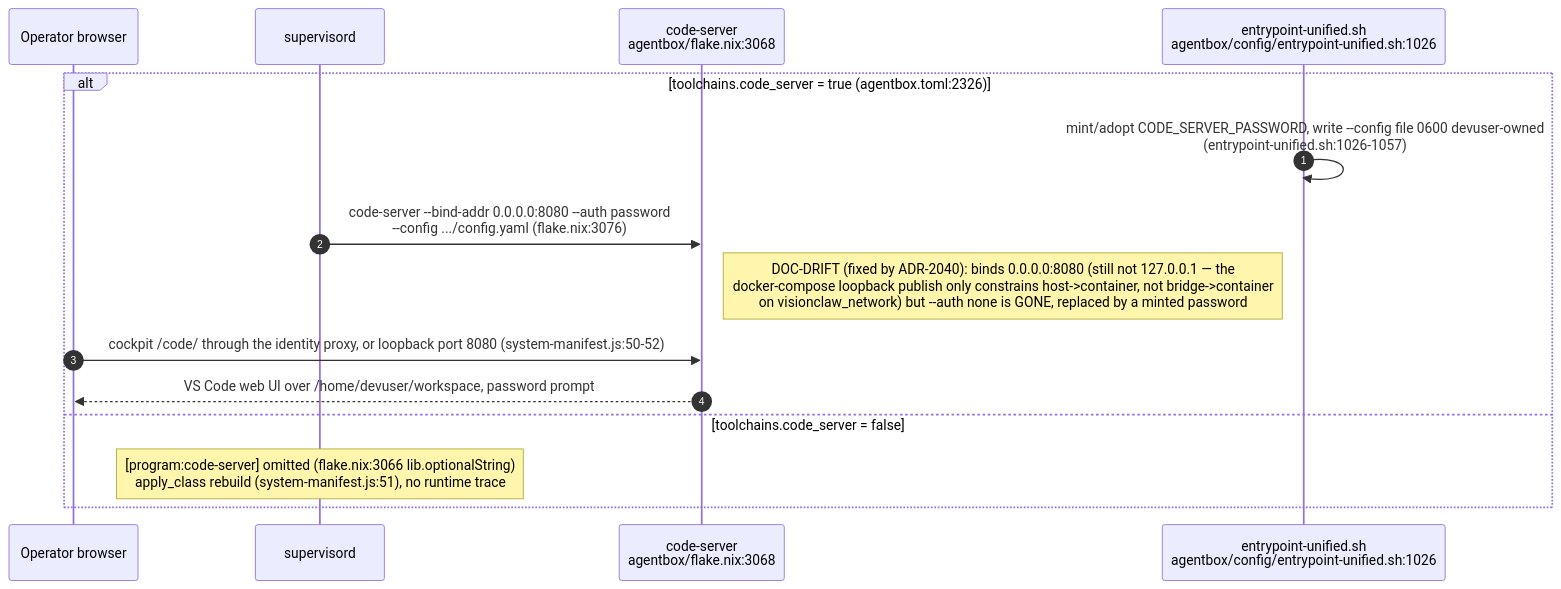
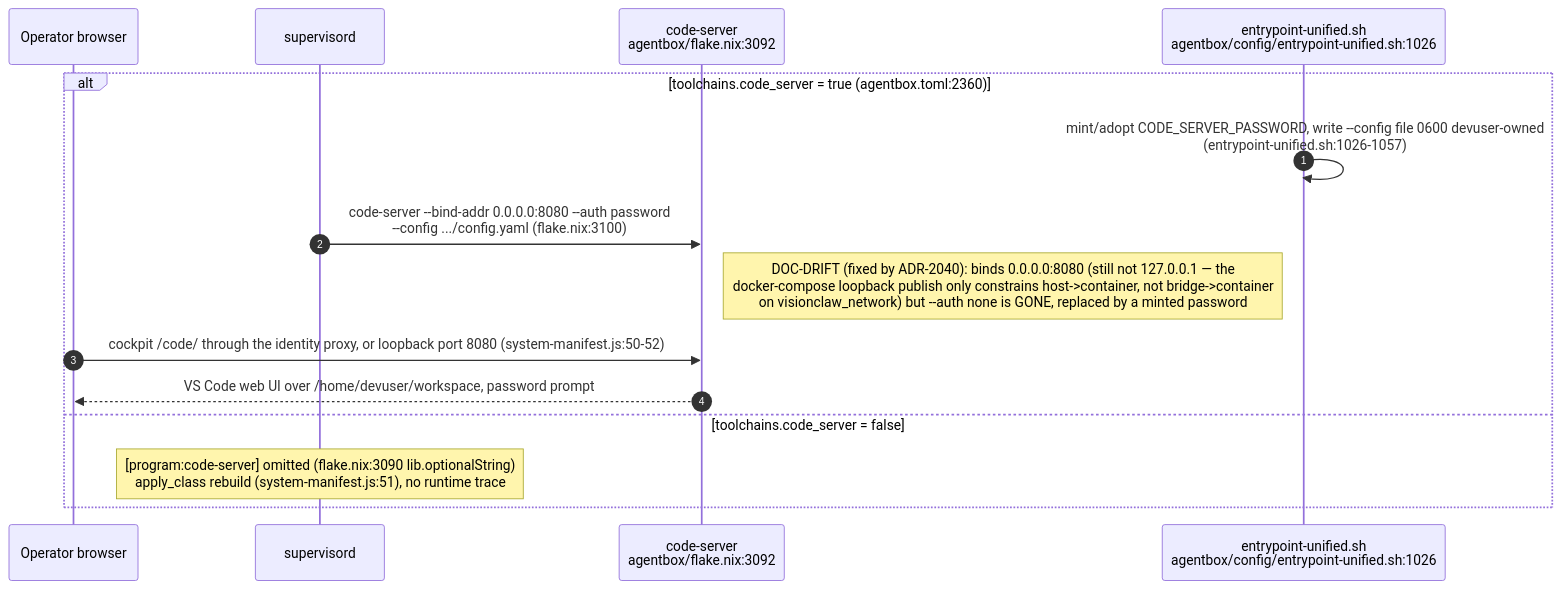
The sixth of 14 diagrams in docs/diagrams/agentbox/27-media-gpu-capability-services.md (DreamLab-AI/VisionFlow), drawn with Mermaid before and after one commit. The commit also changed other lines of this file and 7 other files, not shown here.

````diff
--- a/docs/diagrams/agentbox/27-media-gpu-capability-services.md
+++ b/docs/diagrams/agentbox/27-media-gpu-capability-services.md
@@ -214,18 +214,18 @@
 ```mermaid
 sequenceDiagram
     autonumber
     participant Op as Operator browser
     participant Sup as supervisord
-    participant CS as code-server<br/>agentbox/flake.nix:3068
+    participant CS as code-server<br/>agentbox/flake.nix:3092
     participant Entry as entrypoint-unified.sh<br/>agentbox/config/entrypoint-unified.sh:1026
 
-    alt toolchains.code_server = true (agentbox.toml:2326)
+    alt toolchains.code_server = true (agentbox.toml:2360)
         Entry->>Entry: mint/adopt CODE_SERVER_PASSWORD, write --config file 0600 devuser-owned<br/>(entrypoint-unified.sh:1026-1057)
-        Sup->>CS: code-server --bind-addr 0.0.0.0:8080 --auth password<br/>--config .../config.yaml (flake.nix:3076)
+        Sup->>CS: code-server --bind-addr 0.0.0.0:8080 --auth password<br/>--config .../config.yaml (flake.nix:3100)
         Note right of CS: DOC-DRIFT (fixed by ADR-2040): binds 0.0.0.0:8080 (still not 127.0.0.1 — the<br/>docker-compose loopback publish only constrains host->container, not bridge->container<br/>on visionclaw_network) but --auth none is GONE, replaced by a minted password
         Op->>CS: cockpit /code/ through the identity proxy, or loopback port 8080 (system-manifest.js:50-52)
         CS-->>Op: VS Code web UI over /home/devuser/workspace, password prompt
     else toolchains.code_server = false
-        Note over Sup: [program:code-server] omitted (flake.nix:3066 lib.optionalString)<br/>apply_class rebuild (system-manifest.js:51), no runtime trace
+        Note over Sup: [program:code-server] omitted (flake.nix:3090 lib.optionalString)<br/>apply_class rebuild (system-manifest.js:51), no runtime trace
     end
 ```
````
